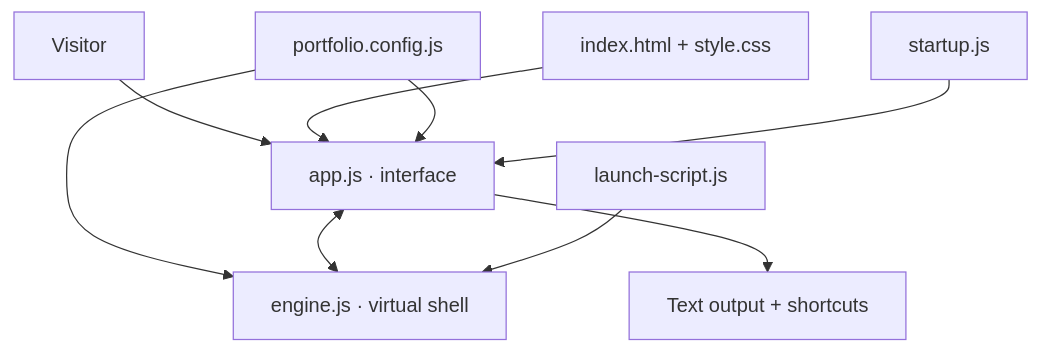
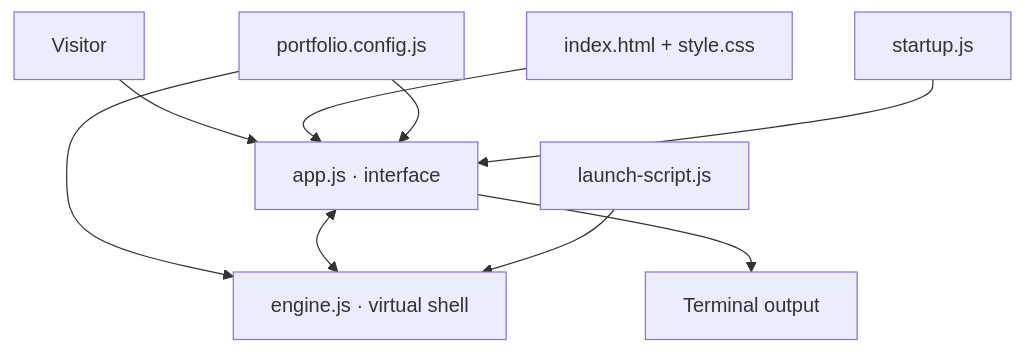
Before and after one commit to yassinebkr/ShellFolio: the first of 2 diagrams in docs/DEVELOPMENT.md, drawn with Mermaid. The commit also changed other lines of this file and 10 other files, not shown here.

Commit message:
Remove retired README SVG pipeline and focus ShellFolio docs on interactive portfolio

````diff
--- a/docs/DEVELOPMENT.md
+++ b/docs/DEVELOPMENT.md
@@ -21,11 +21,11 @@
 ```mermaid
 flowchart TB
-    V["Visitor"] --> UI["app.js · interface"]
+    Visitor["Visitor"] --> UI["app.js · interface"]
     HTML["index.html + style.css"] --> UI
-    CFG["portfolio.config.js"] --> UI
-    CFG --> ENGINE["engine.js · virtual shell"]
-    UI <--> ENGINE
-    START["startup.js"] --> UI
-    SCRIPT["launch-script.js"] --> ENGINE
-    UI --> OUT["Text output + shortcuts"]
+    Config["portfolio.config.js"] --> UI
+    Config --> Engine["engine.js · virtual shell"]
+    UI <--> Engine
+    Startup["startup.js"] --> UI
+    Intro["launch-script.js"] --> Engine
+    UI --> Display["Terminal output"]
 ```
````
